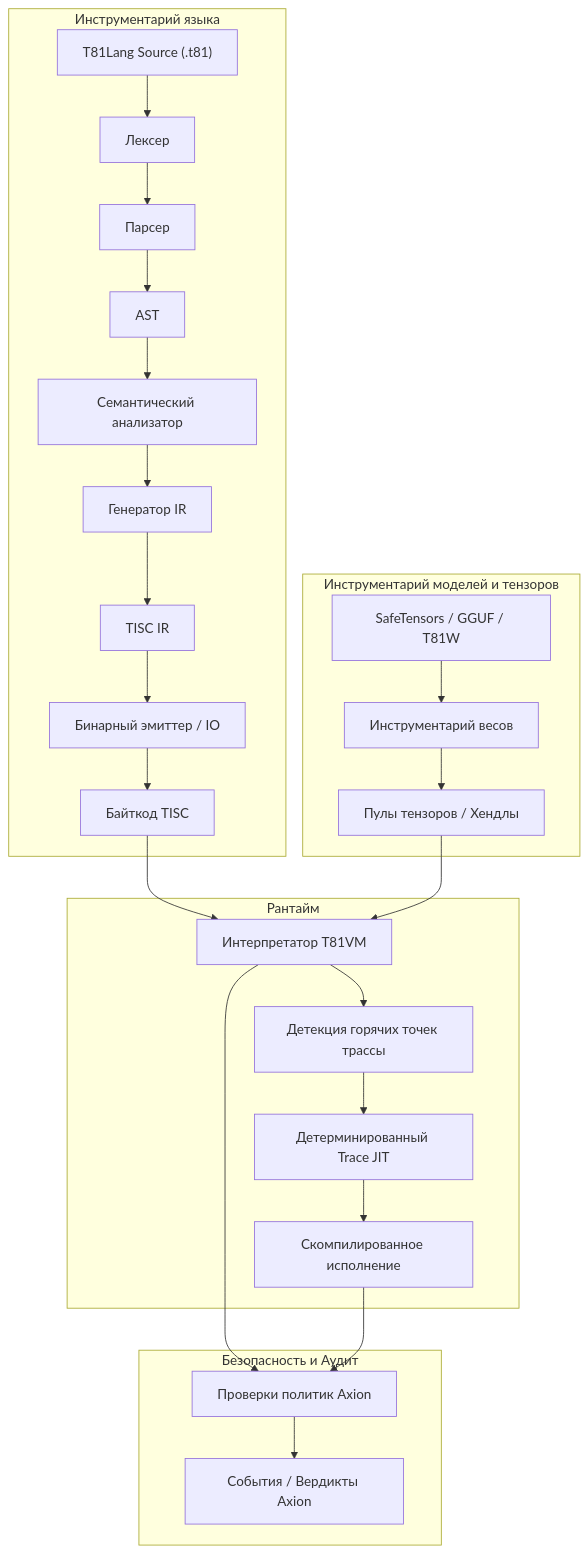
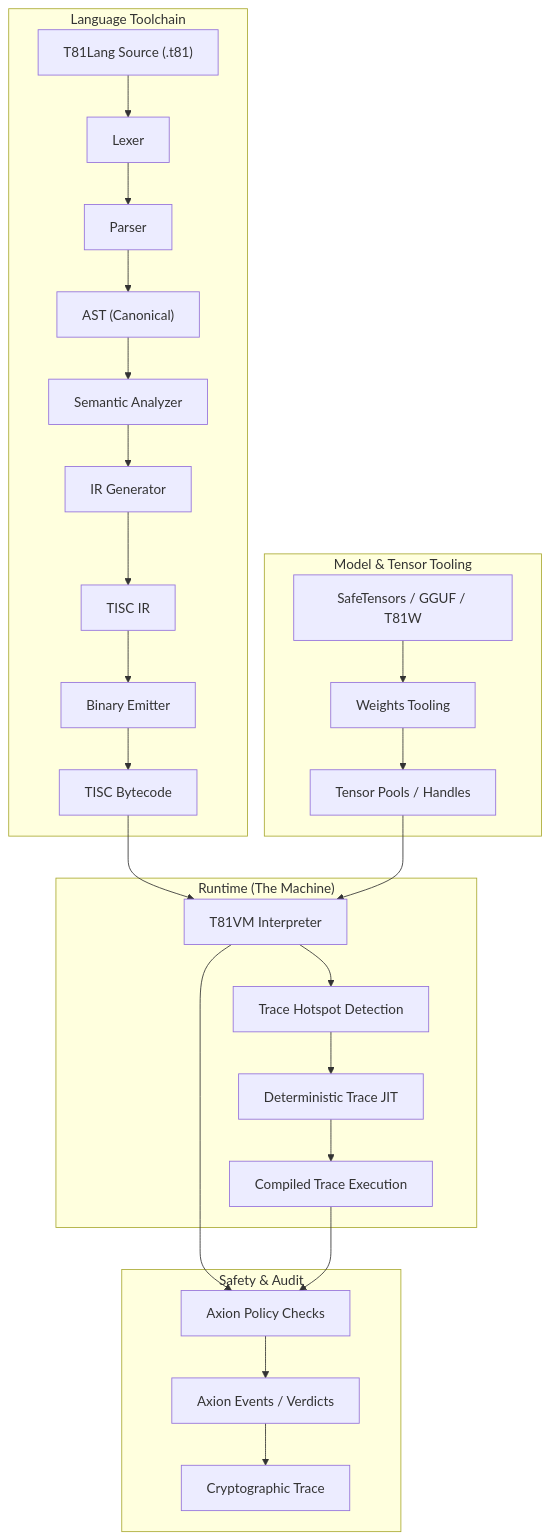
The diagram in book-ru/03_Архитектура.md (ryansctt1994-sudo/t81-foundation), drawn with Mermaid before and after one commit. The commit also changed other lines of this file and 59 other files, not shown here.

````diff
--- a/book-ru/03_Архитектура.md
+++ b/book-ru/03_Архитектура.md
@@ -9,29 +13,30 @@
 ```mermaid
 graph TD
-    subgraph "Инструментарий языка"
-        A["T81Lang Source (.t81)"] --> B[Лексер]
-        B --> C[Парсер]
-        C --> D[AST]
-        D --> E["Семантический анализатор"]
-        E --> F["Генератор IR"]
+    subgraph "Language Toolchain"
+        A["T81Lang Source (.t81)"] --> B[Lexer]
+        B --> C[Parser]
+        C --> D["AST (Canonical)"]
+        D --> E["Semantic Analyzer"]
+        E --> F["IR Generator"]
         F --> G["TISC IR"]
-        G --> H["Бинарный эмиттер / IO"]
-        H --> I["Байткод TISC"]
+        G --> H["Binary Emitter"]
+        H --> I["TISC Bytecode"]
     end
-    subgraph "Рантайм"
-        I --> J["Интерпретатор T81VM"]
-        J --> K["Детекция горячих точек трассы"]
-        K --> L["Детерминированный Trace JIT"]
-        L --> M["Скомпилированное исполнение"]
+    subgraph "Runtime (The Machine)"
+        I --> J["T81VM Interpreter"]
+        J --> K["Trace Hotspot Detection"]
+        K --> L["Deterministic Trace JIT"]
+        L --> M["Compiled Trace Execution"]
     end
-    subgraph "Безопасность и Аудит"
-        J --> N["Проверки политик Axion"]
+    subgraph "Safety & Audit"
+        J --> N["Axion Policy Checks"]
         M --> N
-        N --> O["События / Вердикты Axion"]
+        N --> O["Axion Events / Verdicts"]
+        O --> TR["Cryptographic Trace"]
     end
-    subgraph "Инструментарий моделей и тензоров"
-        P["SafeTensors / GGUF / T81W"] --> Q["Инструментарий весов"]
-        Q --> R["Пулы тензоров / Хендлы"]
+    subgraph "Model & Tensor Tooling"
+        P["SafeTensors / GGUF / T81W"] --> Q["Weights Tooling"]
+        Q --> R["Tensor Pools / Handles"]
         R --> J
     end
 ```
````
